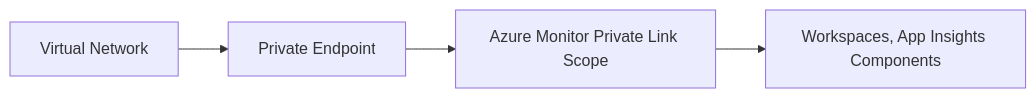
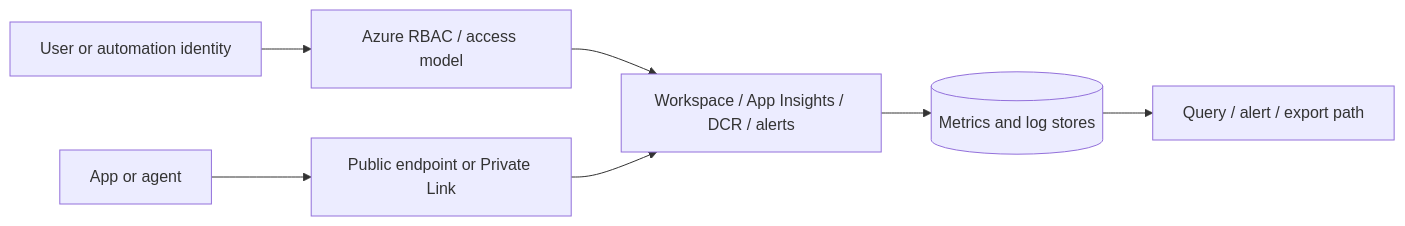
The first of 2 diagrams in docs/platform/networking-and-security.md (yeongseon/azure-monitoring-practical-guide), drawn with Mermaid before and after one commit. The commit also changed other lines of this file and 50 other files, not shown here.

````diff
--- a/docs/platform/networking-and-security.md
+++ b/docs/platform/networking-and-security.md
@@ -14,6 +7,9 @@
 ```mermaid
-graph LR
-    VNet[Virtual Network] --> PrivateEndpoint[Private Endpoint]
-    PrivateEndpoint --> AMPLS[Azure Monitor Private Link Scope]
-    AMPLS --> Resources[Workspaces, App Insights Components]
+flowchart LR
+    USER[User or automation identity] --> RBAC[Azure RBAC / access model]
+    APP[App or agent] --> NET[Public endpoint or Private Link]
+    RBAC --> RES[Workspace / App Insights / DCR / alerts]
+    NET --> RES
+    RES --> DATA[(Metrics and log stores)]
+    DATA --> QUERY[Query / alert / export path]
 ```
````
